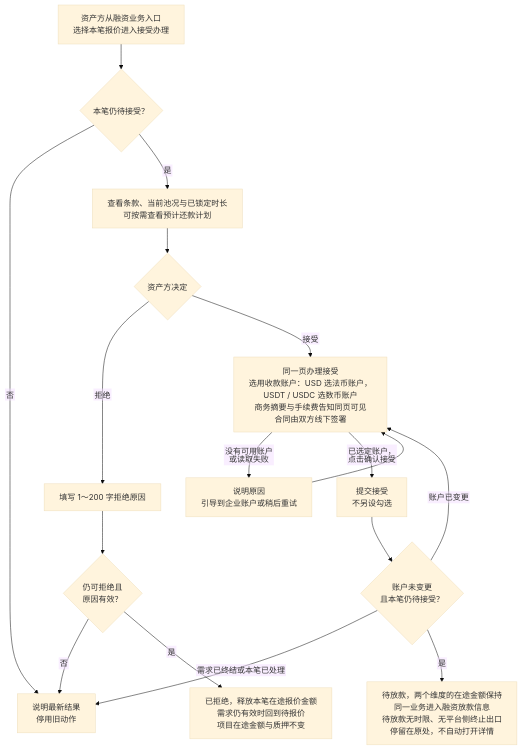
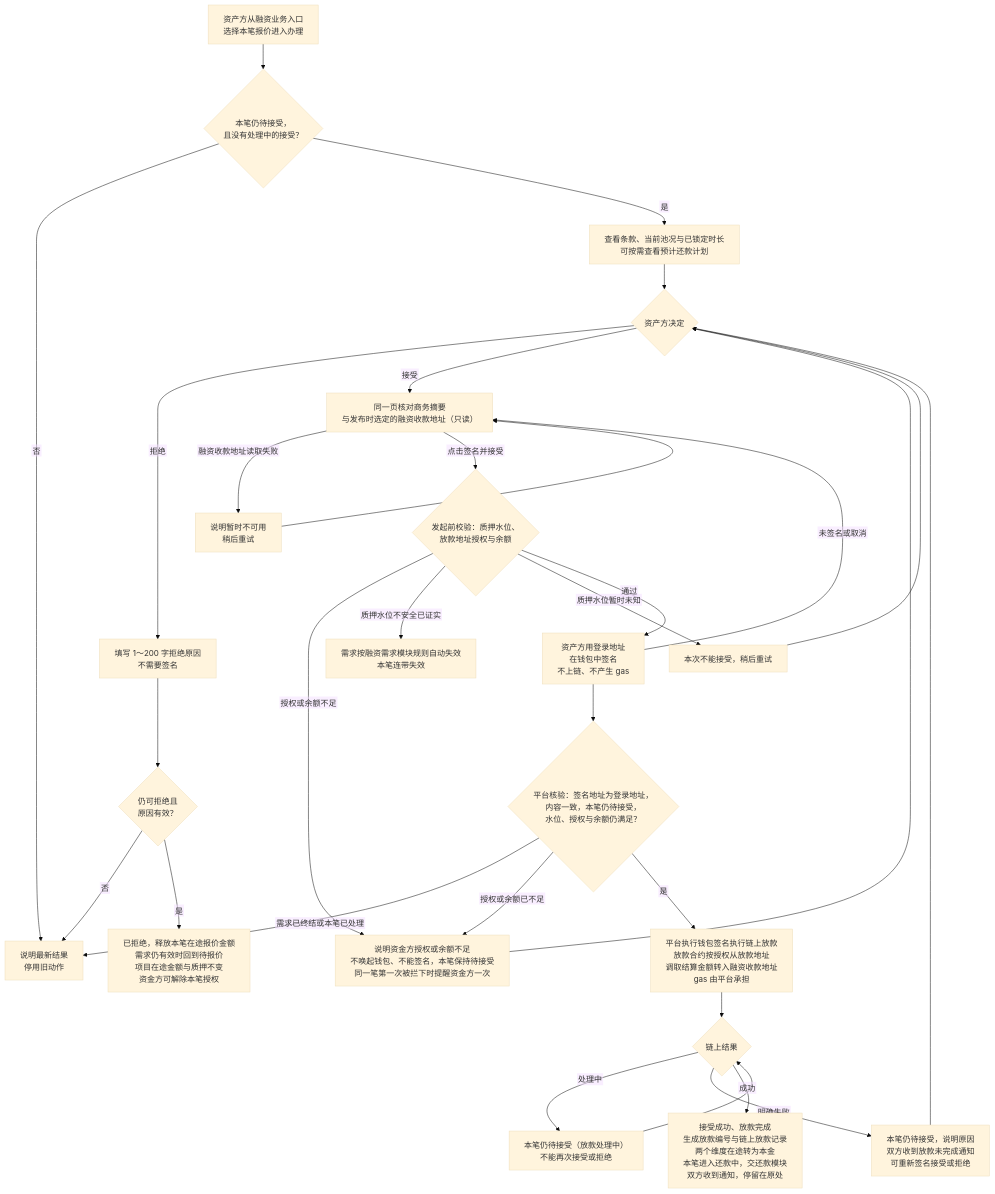
One commit to wxblockchain/Chain-Financing changed the second of 10 diagrams in lending-platform/PRD/面客端/06-借贷广场-授信报价与接受拒绝/02-授信报价与接受拒绝-流程图与状态机.md. Above: the diagram before and after it, drawn with Mermaid (base theme). The commit also changed other lines of this file and 5 other files, not shown here.

````diff
--- a/lending-platform/PRD/面客端/06-借贷广场-授信报价与接受拒绝/02-授信报价与接受拒绝-流程图与状态机.md
+++ b/lending-platform/PRD/面客端/06-借贷广场-授信报价与接受拒绝/02-授信报价与接受拒绝-流程图与状态机.md
@@ -50,20 +59,33 @@
 ```mermaid
 %%{init: {"flowchart": {"htmlLabels": false, "wrappingWidth": 400}}}%%
 flowchart TD
-  A["资产方从融资业务入口<br/>选择本笔报价进入接受办理"] --> B{"本笔仍待接受？"}
+  A["资产方从融资业务入口<br/>选择本笔报价进入办理"] --> B{"本笔仍待接受，<br/>且没有处理中的接受？"}
   B -->|"否"| X["说明最新结果<br/>停用旧动作"]
   B -->|"是"| C["查看条款、当前池况与已锁定时长<br/>可按需查看预计还款计划"]
   C --> D{"资产方决定"}
-  D -->|"拒绝"| R["填写 1～200 字拒绝原因"]
+  D -->|"拒绝"| R["填写 1～200 字拒绝原因<br/>不需要签名"]
   R --> R1{"仍可拒绝且<br/>原因有效？"}
   R1 -->|"否"| X
-  R1 -->|"是"| R2["已拒绝，释放本笔在途报价金额<br/>需求仍有效时回到待报价<br/>项目在途金额与质押不变"]
-  D -->|"接受"| E["同一页办理接受<br/>选用收款账户：USD 选法币账户，<br/>USDT / USDC 选数币账户<br/>商务摘要与手续费告知同页可见<br/>合同由双方线下签署"]
-  E -->|"没有可用账户<br/>或读取失败"| E1["说明原因<br/>引导到企业账户或稍后重试"]
+  R1 -->|"是"| R2["已拒绝，释放本笔在途报价金额<br/>需求仍有效时回到待报价<br/>项目在途金额与质押不变<br/>资金方可解除本笔授权"]
+  D -->|"接受"| E["同一页核对商务摘要<br/>与发布时选定的融资收款地址（只读）"]
+  E -->|"融资收款地址读取失败"| E1["说明暂时不可用<br/>稍后重试"]
   E1 --> E
-  E -->|"已选定账户，<br/>点击确认接受"| J["提交接受<br/>不另设勾选"]
-  J --> K{"账户未变更<br/>且本笔仍待接受？"}
+  E -->|"点击签名并接受"| P{"发起前校验：质押水位、<br/>放款地址授权与余额"}
+  P -->|"授权或余额不足"| P1["说明资金方授权或余额不足<br/>不唤起钱包、不能签名，本笔保持待接受<br/>同一笔第一次被拦下时提醒资金方一次"]
+  P1 --> D
+  P -->|"质押水位不安全已证实"| P2["需求按融资需求模块规则自动失效<br/>本笔连带失效"]
+  P -->|"质押水位暂时未知"| P3["本次不能接受，稍后重试"]
+  P3 --> D
+  P -->|"通过"| J["资产方用登录地址<br/>在钱包中签名<br/>不上链、不产生 gas"]
+  J -->|"未签名或取消"| E
+  J --> K{"平台核验：签名地址为登录地址，<br/>内容一致，本笔仍待接受，<br/>水位、授权与余额仍满足？"}
   K -->|"需求已终结或本笔已处理"| X
-  K -->|"账户已变更"| E
-  K -->|"是"| L["待放款，两个维度的在途金额保持<br/>同一业务进入融资放款信息<br/>待放款无时限、无平台侧终止出口<br/>停留在原处，不自动打开详情"]
+  K -->|"授权或余额已不足"| P1
+  K -->|"是"| L["平台执行钱包签名执行链上放款<br/>放款合约按授权从放款地址<br/>调取结算金额转入融资收款地址<br/>gas 由平台承担"]
+  L --> M{"链上结果"}
+  M -->|"处理中"| M1["本笔仍待接受（放款处理中）<br/>不能再次接受或拒绝"]
+  M1 --> M
+  M -->|"明确失败"| M2["本笔仍待接受，说明原因<br/>双方收到放款未完成通知<br/>可重新签名接受或拒绝"]
+  M2 --> D
+  M -->|"成功"| N["接受成功、放款完成<br/>生成放款编号与链上放款记录<br/>两个维度在途转为本金<br/>本笔进入还款中，交还款模块<br/>双方收到通知，停留在原处"]
 ```
````
